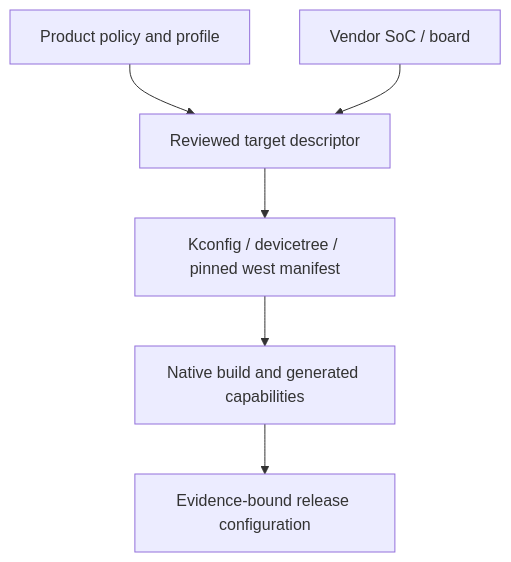
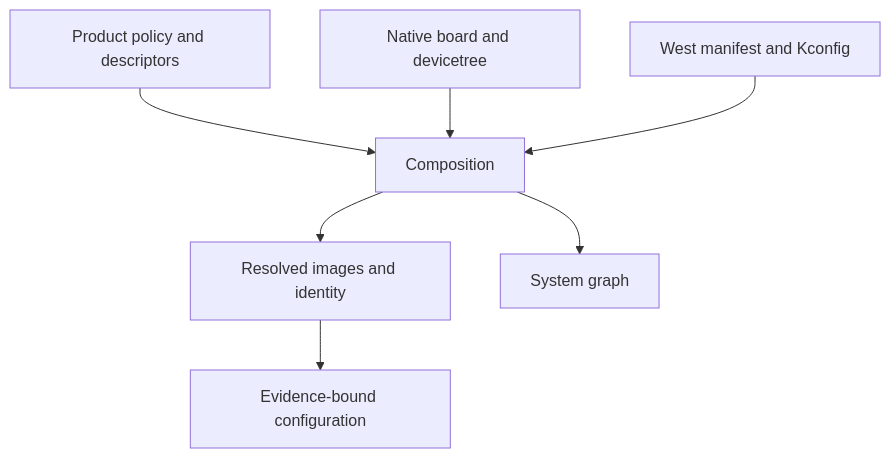
The eighth of 26 diagrams in docs/architecture/diagrams/README.md (susmithmrm/ZARC), drawn with Mermaid before and after one commit. The commit also changed other lines of this file and 26 other files, not shown here.

Commit message:
Rework 22 architecture diagrams and add component, visibility and lifecycle views

````diff
--- a/docs/architecture/diagrams/README.md
+++ b/docs/architecture/diagrams/README.md
@@ -163,16 +102,9 @@
 ```mermaid
 flowchart TD
-  %% Product line composition
-  N0_0["Product policy and profile"]
-  N0_1["Vendor SoC / board"]
-  N1_0["Reviewed target descriptor"]
-  N2_0["Kconfig / devicetree / pinned west manifest"]
-  N3_0["Native build and generated capabilities"]
-  N4_0["Evidence-bound release configuration"]
-  N0_0 --> N1_0
-  N0_1 --> N1_0
-  N1_0 --> N2_0
-  N2_0 --> N3_0
-  N3_0 --> N4_0
-  %% The target composes product and board; immutable generated descriptor binds evidence.
+  P[Product policy and descriptors] --> C[Composition]
+  B[Native board and devicetree] --> C
+  W[West manifest and Kconfig] --> C
+  C --> I[Resolved images and identity]
+  C --> G[System graph]
+  I --> E[Evidence-bound configuration]
 ```
````
